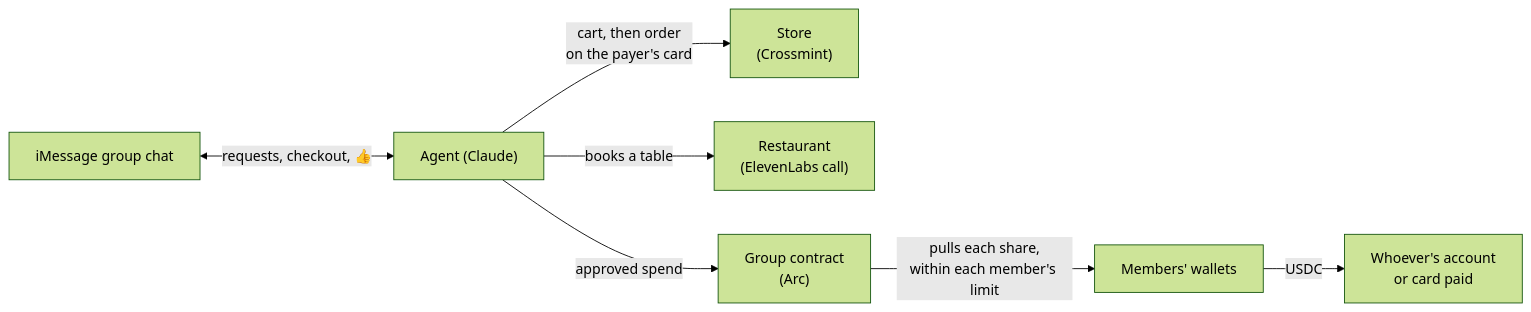
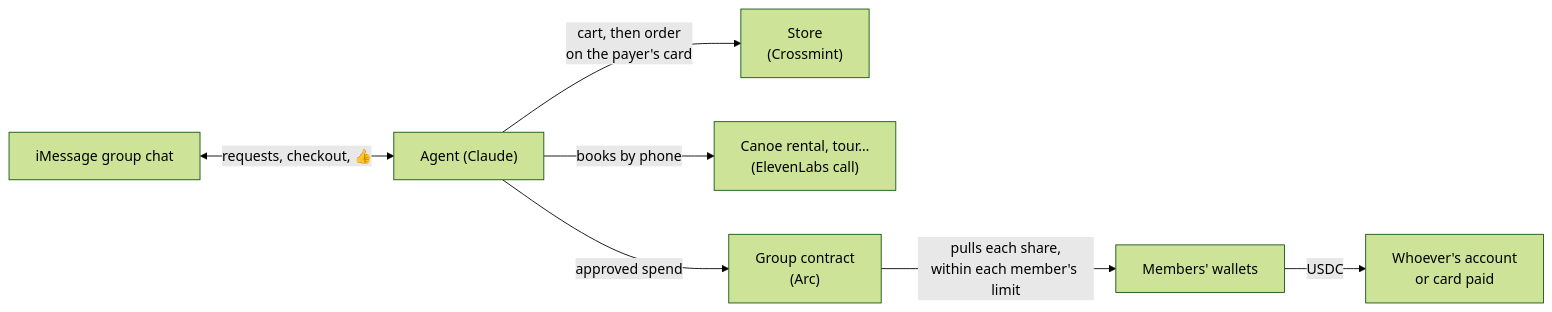
Before and after one commit to siyasiyasiya/ubc2026: the first of 2 diagrams in README.md, drawn with Mermaid (forest theme). The commit also changed other lines of this file and 4 other files, not shown here.

````diff
--- a/README.md
+++ b/README.md
@@ -101,9 +101,9 @@
 ```mermaid
 flowchart LR
     Chat["iMessage group chat"] <-->|requests, checkout, 👍| Agent["Agent (Claude)"]
     Agent -->|cart, then order<br/>on the payer's card| Store["Store<br/>(Crossmint)"]
-    Agent -->|books a table| Phone["Restaurant<br/>(ElevenLabs call)"]
+    Agent -->|books by phone| Phone["Canoe rental, tour…<br/>(ElevenLabs call)"]
     Agent -->|approved spend| Contract["Group contract<br/>(Arc)"]
     Contract -->|pulls each share,<br/>within each member's limit| Wallets["Members' wallets"]
     Wallets -->|USDC| Payer["Whoever's account<br/>or card paid"]
 ```
````
